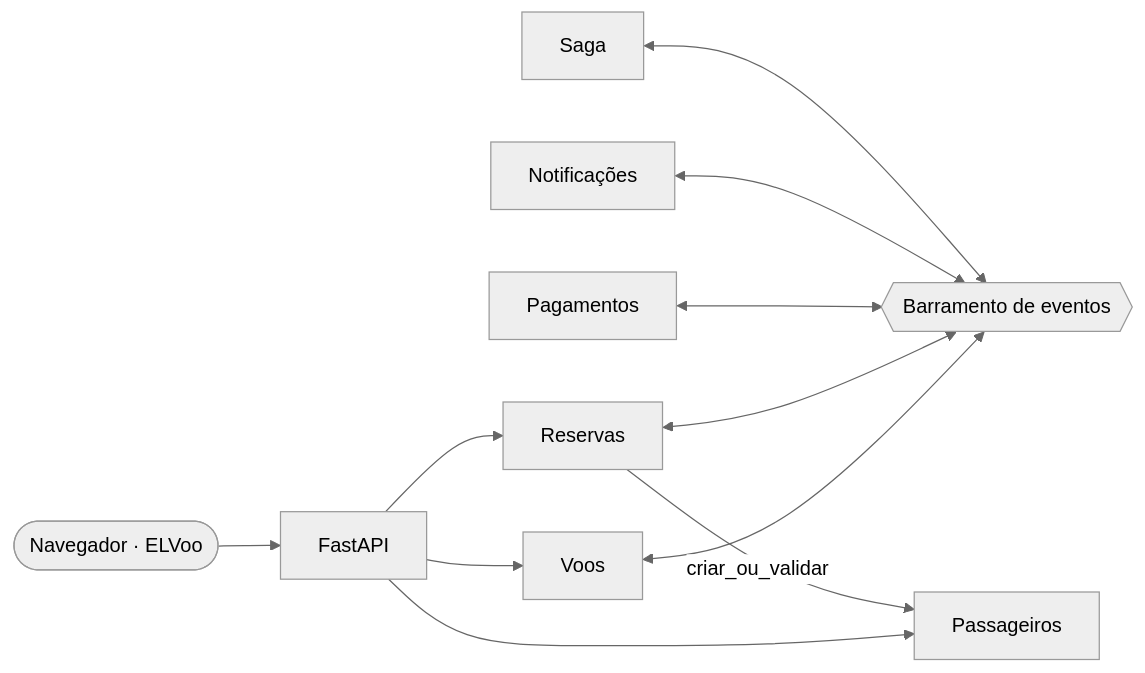
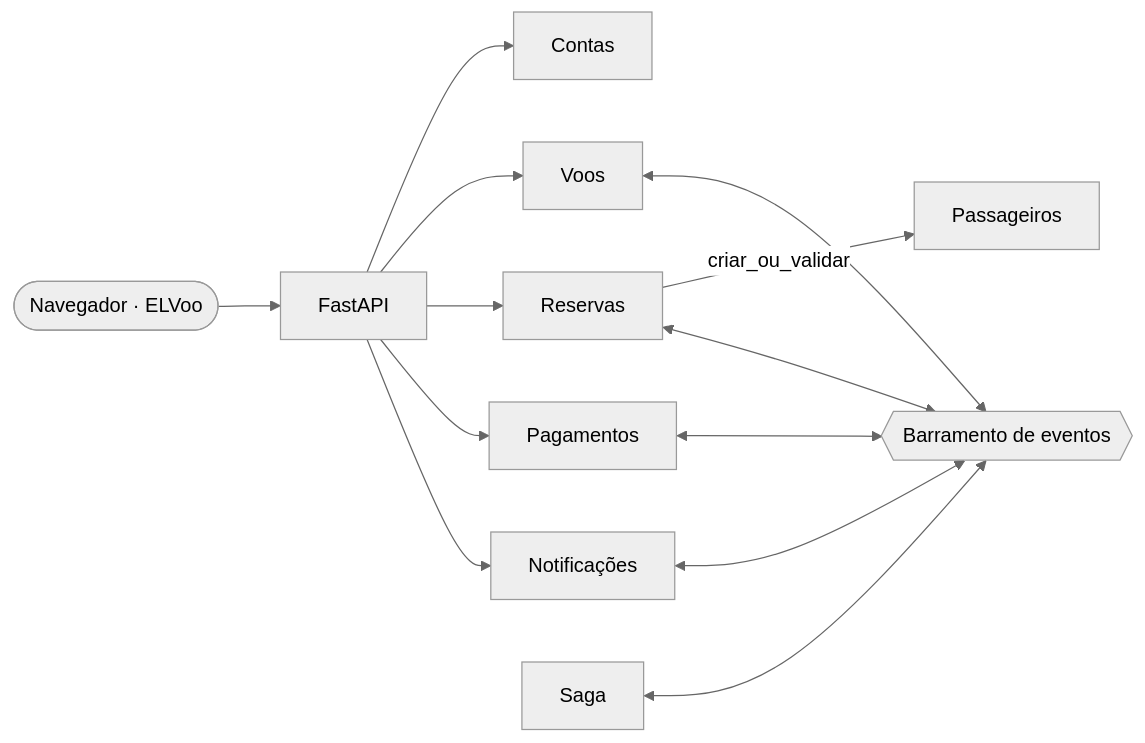
Before and after one commit to EriveltonJr/reservas-aereas: the first of 2 diagrams in README.md, drawn with Mermaid (neutral theme). The commit also changed other lines of this file and 51 other files, not shown here.

````diff
--- a/README.md
+++ b/README.md
@@ -29,7 +35,7 @@
 ```mermaid
 flowchart LR
     Cliente([Navegador · ELVoo]) --> API[FastAPI]
-    API --> Voos & Reservas & Passageiros
+    API --> Contas & Voos & Reservas & Pagamentos & Notificacoes
     Reservas -- criar_ou_validar --> Passageiros
     Voos & Reservas & Pagamentos & Notificacoes[Notificações] & Saga <--> Bus{{Barramento de eventos}}
 ```
````
